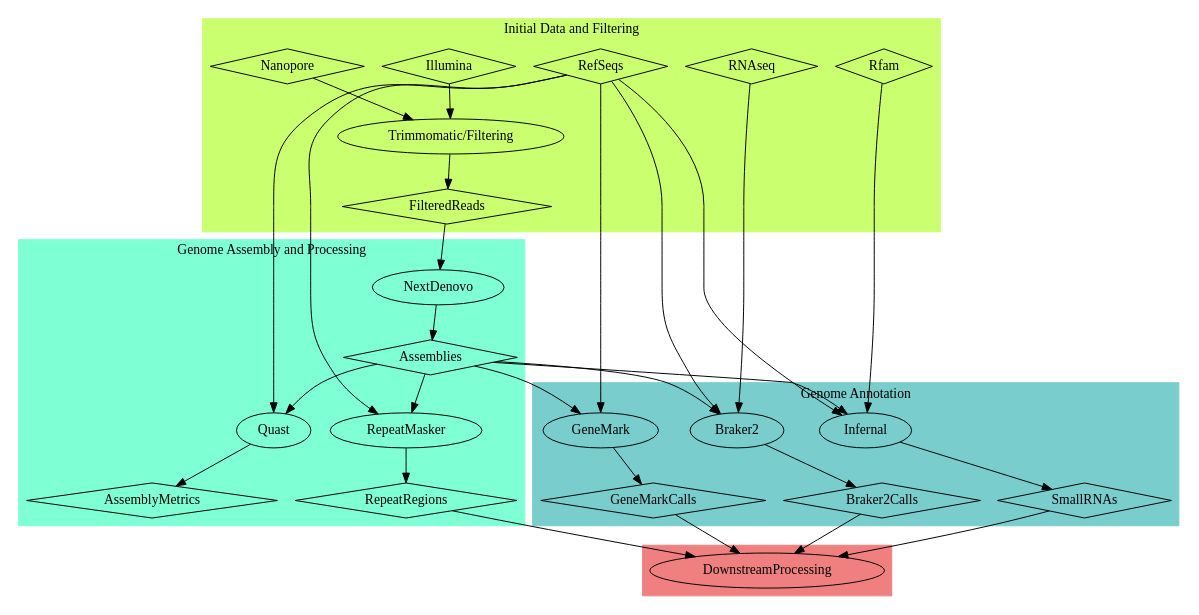
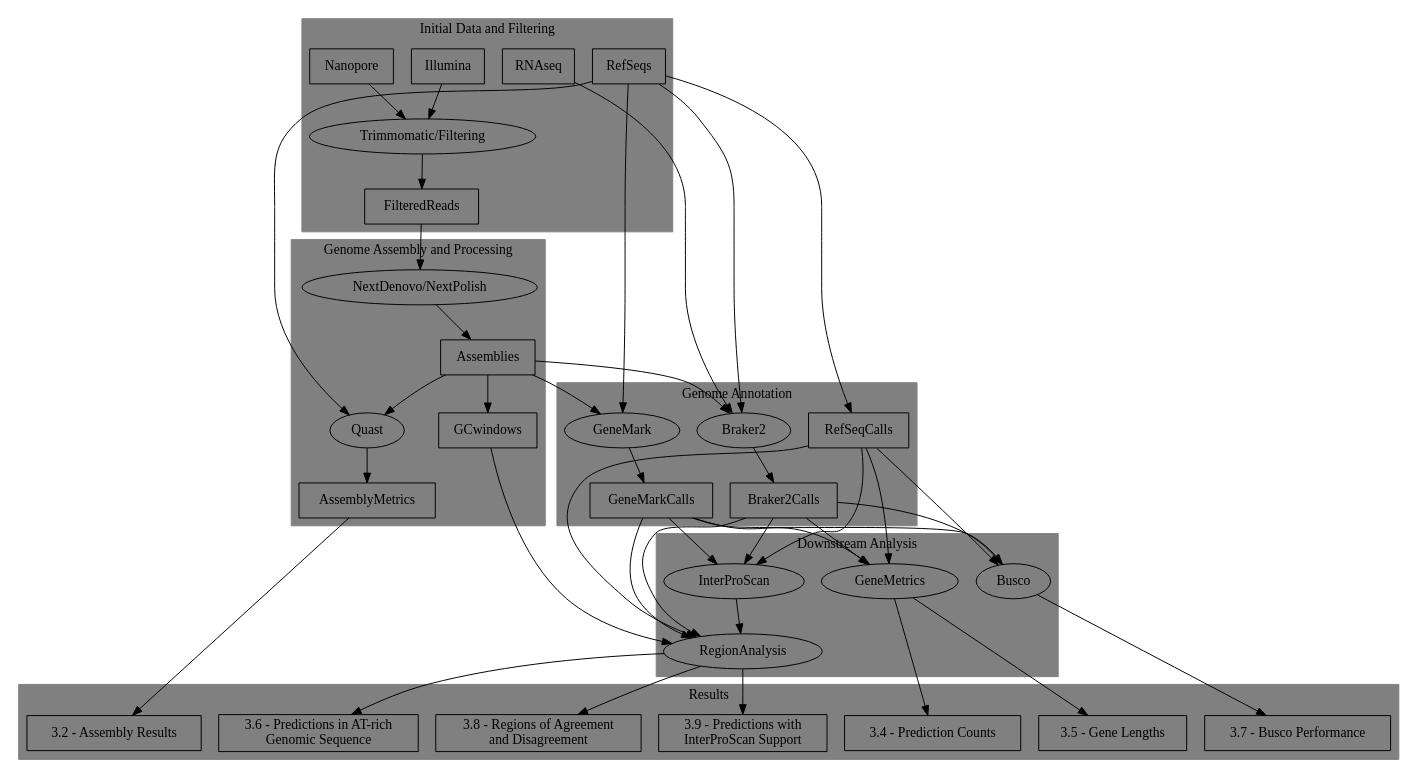
One commit to cbe453/masters changed the diagram in working-thesis/figures/data-flowchart.dot. Above: the diagram before and after it, drawn with Graphviz. The commit also changed 9 other files, not shown here.

Commit message:
big update to methodology figure

```diff
--- a/working-thesis/figures/data-flowchart.dot
+++ b/working-thesis/figures/data-flowchart.dot
@@ -1,67 +1,102 @@
 digraph G{
 
 	subgraph cluster_0 {
-		 style=filled;
-		 color=darkolivegreen1;	
-		 Illumina [shape = diamond];
-        	 Nanopore [shape = diamond];
+		 style = filled;
+		 color = gray;	
+		 Illumina [shape = rectangle];
+        	 Nanopore [shape = rectangle];
 		 Illumina -> "Trimmomatic/Filtering";
 		 Nanopore -> "Trimmomatic/Filtering";
-		 RefSeqs [shape = diamond];
-		 RNAseq [shape = diamond];
-		 Rfam [shape = diamond];
-		 FilteredReads [shape = diamond];
+		 RefSeqs [shape = rectangle];
+		 RNAseq [shape = rectangle];
+		 FilteredReads [shape = rectangle];
 		 label = "Initial Data and Filtering";
 	}
 
 	subgraph cluster_1 {
-		 style=filled;
-		 color=aquamarine;	
-		 NextDenovo;
-		 RepeatMasker;
-		 AssemblyMetrics [shape = diamond];
-		 Assemblies [shape = diamond];
+		 style = filled;
+		 color = gray;	
+		 "NextDenovo/NextPolish";
+		 AssemblyMetrics [shape = rectangle];
+		 Assemblies [shape = rectangle];
+		 GCwindows [shape = rectangle]
 		 Assemblies -> Quast;
-		 RepeatRegions [shape = diamond];
+		 Assemblies -> GCwindows;
 		 label = "Genome Assembly and Processing";
 	}
 
 	subgraph cluster_2 {
-		 style=filled;
-		 color=darkslategray3;
-		 Infernal;
-		 SmallRNAs [shape = diamond];
-		 "GeneMarkCalls" [shape = diamond];
-		 "Braker2Calls" [shape = diamond];
+		 style = filled;
+		 color=gray;
+		 "GeneMarkCalls" [shape = rectangle];
+		 "Braker2Calls" [shape = rectangle];
 		 GeneMark -> "GeneMarkCalls";
 		 Braker2 -> "Braker2Calls";
 		 label = "Genome Annotation";
+		 RefSeqCalls [shape = rectangle];
 	}
 
 	subgraph cluster_3 {
-		 style=filled;
-		 color=lightcoral;
-		 DownstreamProcessing;
+		 style = filled;
+		 color = gray;
 	}
 	
 	"Trimmomatic/Filtering" -> FilteredReads;
-	FilteredReads -> NextDenovo;
-	NextDenovo -> Assemblies;
+	FilteredReads -> "NextDenovo/NextPolish";
+	"NextDenovo/NextPolish" -> Assemblies;
 	Assemblies -> GeneMark;
 	Assemblies -> Braker2;
-	Assemblies -> Infernal;
-	Assemblies -> RepeatMasker;
-	Infernal -> SmallRNAs -> DownstreamProcessing;
-	RefSeqs -> Infernal;
 	RefSeqs -> GeneMark;
 	RefSeqs -> Braker2;
+	RefSeqs -> RefSeqCalls;
 	RNAseq -> Braker2;
-	RefSeqs -> RepeatMasker;
-	"GeneMarkCalls" -> DownstreamProcessing;
-	"Braker2Calls" -> DownstreamProcessing;
-	RepeatMasker -> RepeatRegions;
-	RepeatRegions -> DownstreamProcessing;
 	RefSeqs -> Quast;
 	Quast -> AssemblyMetrics;
-	Rfam -> Infernal;
+
+	subgraph cluster_4 {
+		 label = "Downstream Analysis";
+		 style = filled;
+		 color = gray;
+		 Busco;
+		 GeneMetrics;
+		 InterProScan;
+		 RegionAnalysis;
+	}
+
+	RefSeqCalls -> GeneMetrics;
+	GeneMarkCalls -> GeneMetrics;
+	Braker2Calls -> GeneMetrics;
+	RefSeqCalls -> Busco;
+	GeneMarkCalls -> Busco;
+	Braker2Calls -> Busco;
+	RefSeqCalls -> InterProScan;
+	GeneMarkCalls -> InterProScan;
+	Braker2Calls -> InterProScan;
+	RefSeqCalls -> RegionAnalysis;
+	GeneMarkCalls -> RegionAnalysis;
+	Braker2Calls -> RegionAnalysis;
+	InterProScan -> RegionAnalysis;
+	GCwindows -> RegionAnalysis;
+
+	subgraph cluster_5 {
+		 label = "Results";
+		 style = filled;
+		 color = gray;
+		 "3.2 - Assembly Results" [shape = rectangle];
+		 "3.4 - Prediction Counts" [shape = rectangle];
+		 "3.5 - Gene Lengths" [shape = rectangle];
+		 "3.6 - Predictions in AT-rich\nGenomic Sequence" [shape = rectangle];
+		 "3.7 - Busco Performance" [shape = rectangle];
+		 "3.8 - Regions of Agreement\nand Disagreement" [shape = rectangle];
+		 "3.9 - Predictions with\nInterProScan Support" [shape = rectangle];
+	}
+
+	AssemblyMetrics -> "3.2 - Assembly Results";
+	GeneMetrics -> "3.4 - Prediction Counts";
+	GeneMetrics -> "3.5 - Gene Lengths";
+	RegionAnalysis -> "3.6 - Predictions in AT-rich\nGenomic Sequence";
+	Busco -> "3.7 - Busco Performance";
+	RegionAnalysis -> "3.8 - Regions of Agreement\nand Disagreement";
+	RegionAnalysis -> "3.9 - Predictions with\nInterProScan Support";
+	
 }
```
